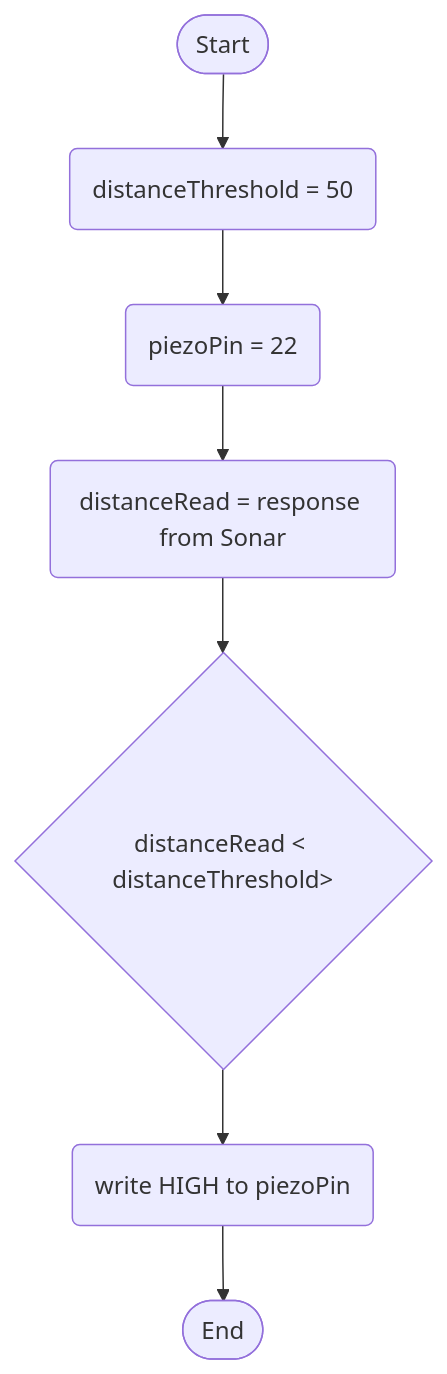
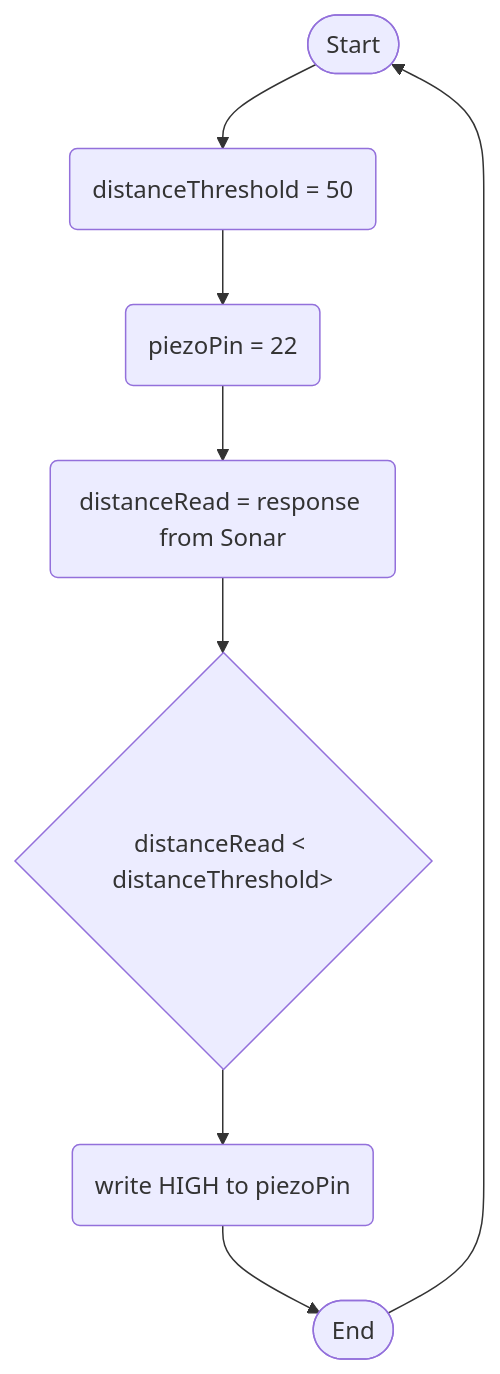
One commit to 0717330/arduino-board-project changed the diagram in logic.md. Above: the diagram before and after it, drawn with Mermaid.

````diff
--- a/logic.md
+++ b/logic.md
@@ -1,18 +1,20 @@
 ```mermaid
 flowchart TD
 terminalStart([Start])
 terminalEnd([End])
 
 thresholdSet(distanceThreshold = 50)
 setPiezoPin(piezoPin = 22)
 currentDistanceReading(distanceRead = response from Sonar)
 activatePiezo(write HIGH to piezoPin)
 ifDistanceLessThanThreshold{distanceRead < distanceThreshold>}
 
 terminalStart --> thresholdSet
 thresholdSet --> setPiezoPin
 setPiezoPin --> currentDistanceReading
 currentDistanceReading --> ifDistanceLessThanThreshold
 ifDistanceLessThanThreshold --> activatePiezo
 activatePiezo --> terminalEnd
+
+terminalEnd --> terminalStart
 ```
````
